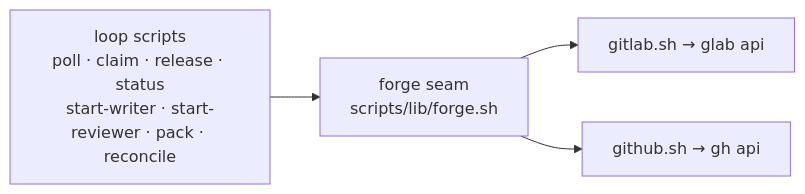
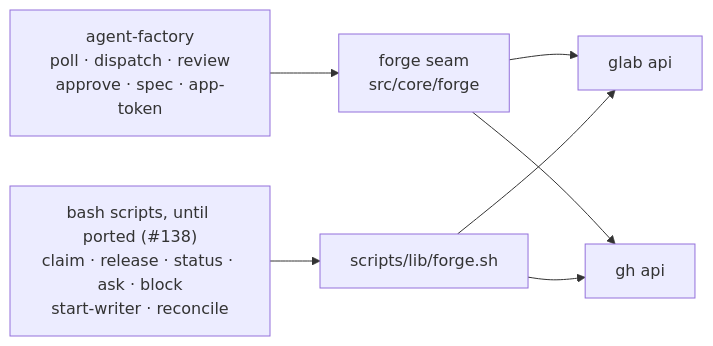
Before and after one commit to chiyanram/agent-factory: the second of 2 diagrams in README.md, drawn with Mermaid. The commit also changed 27 other files, not shown here.

````diff
--- a/README.md
+++ b/README.md
@@ -79,7 +79,11 @@
 ```mermaid
 flowchart LR
-    S["loop scripts<br/>poll · claim · release · status<br/>start-writer · start-reviewer · pack · reconcile"]
-    S --> SEAM["forge seam<br/>scripts/lib/forge.sh"]
-    SEAM --> GL["gitlab.sh → glab api"]
-    SEAM --> GH["github.sh → gh api"]
+    P["agent-factory<br/>poll · dispatch · review<br/>approve · spec · app-token"]
+    P --> SEAM["forge seam<br/>src/core/forge"]
+    S["bash scripts, until ported (#138)<br/>claim · release · status · ask · block<br/>start-writer · reconcile"]
+    S --> BSEAM["scripts/lib/forge.sh"]
+    SEAM --> GL["glab api"]
+    SEAM --> GH["gh api"]
+    BSEAM --> GL
+    BSEAM --> GH
 ```
````
